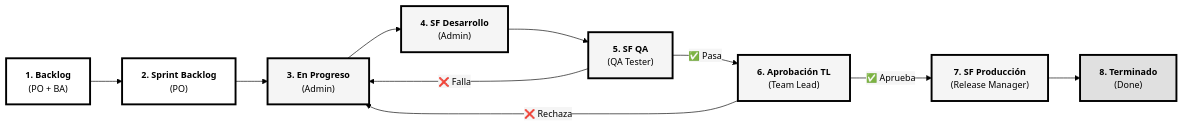
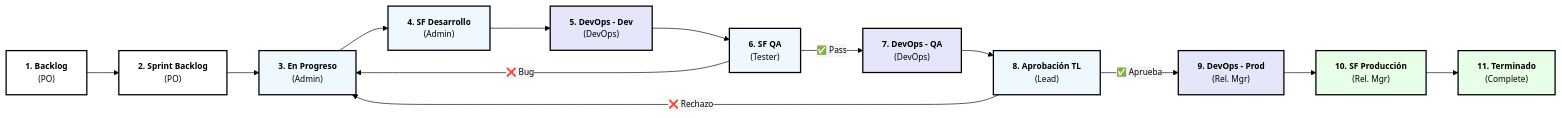
Before and after one commit to wigsdev/salesforce_admin: the diagram in content/Lumina_Tech/DIAGRAMA_FLUJO_TRELLO.md, drawn with Mermaid. The commit also changed other lines of this file and 2 other files, not shown here.

Commit message:
docs(diagrams): update ERD, Trello Flow (11 cols), and Security Blueprints to Gold Standard

````diff
--- a/content/Lumina_Tech/DIAGRAMA_FLUJO_TRELLO.md
+++ b/content/Lumina_Tech/DIAGRAMA_FLUJO_TRELLO.md
@@ -3,21 +3,27 @@
 ```mermaid
-%%{init: {'theme':'base', 'themeVariables': { 'primaryColor':'#fff','primaryTextColor':'#000','primaryBorderColor':'#000','lineColor':'#000','secondaryColor':'#f5f5f5','tertiaryColor':'#e0e0e0','fontSize':'14px'}}}%%
+%%{init: {'theme':'base', 'themeVariables': { 'primaryColor':'#fff','primaryTextColor':'#000','primaryBorderColor':'#000','lineColor':'#000','secondaryColor':'#f5f5f5','tertiaryColor':'#e0e0e0','fontSize':'13px'}}}%%
 graph LR
-    A["<b>1. Backlog</b><br/>(PO + BA)"] --> B["<b>2. Sprint Backlog</b><br/>(PO)"]
+    A["<b>1. Backlog</b><br/>(PO)"] --> B["<b>2. Sprint Backlog</b><br/>(PO)"]
     B --> C["<b>3. En Progreso</b><br/>(Admin)"]
     C --> D["<b>4. SF Desarrollo</b><br/>(Admin)"]
-    D --> E["<b>5. SF QA</b><br/>(QA Tester)"]
-    E -->|"❌ Falla"| C
-    E -->|"✅ Pasa"| F["<b>6. Aprobación TL</b><br/>(Team Lead)"]
-    F -->|"❌ Rechaza"| C
-    F -->|"✅ Aprueba"| G["<b>7. SF Producción</b><br/>(Release Manager)"]
-    G --> H["<b>8. Terminado</b><br/>(Done)"]
+    D --> E["<b>5. DevOps - Dev</b><br/>(DevOps)"]
+    E --> F["<b>6. SF QA</b><br/>(Tester)"]
+    F -->|"❌ Bug"| C
+    F -->|"✅ Pass"| G["<b>7. DevOps - QA</b><br/>(DevOps)"]
+    G --> H["<b>8. Aprobación TL</b><br/>(Lead)"]
+    H -->|"❌ Rechazo"| C
+    H -->|"✅ Aprueba"| I["<b>9. DevOps - Prod</b><br/>(Rel. Mgr)"]
+    I --> J["<b>10. SF Producción</b><br/>(Rel. Mgr)"]
+    J --> K["<b>11. Terminado</b><br/>(Complete)"]
     
-    classDef defaultStyle fill:#fff,stroke:#000,stroke-width:3px,color:#000
-    classDef progressStyle fill:#f5f5f5,stroke:#000,stroke-width:3px,color:#000
-    classDef doneStyle fill:#e0e0e0,stroke:#000,stroke-width:3px,color:#000
+    classDef defaultStyle fill:#fff,stroke:#000,stroke-width:2px,color:#000
+    classDef workStyle fill:#f0f8ff,stroke:#000,stroke-width:2px,color:#000
+    classDef devopsStyle fill:#e6e6fa,stroke:#000,stroke-width:2px,color:#000
+    classDef doneStyle fill:#e6ffe6,stroke:#000,stroke-width:2px,color:#000
     
     class A,B defaultStyle
-    class C,D,E,F,G progressStyle
-    class H doneStyle
+    class C,D workStyle
+    class E,G,I devopsStyle
+    class F,H workStyle
+    class J,K doneStyle
 ```
````
